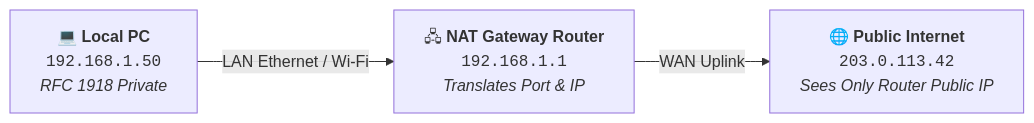
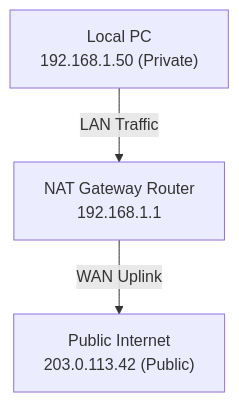
Before and after one commit to DaddyZyn/Cyber-security-notes: the first of 2 diagrams in topics/01-networking-fundamentals/README.md, drawn with Mermaid. The commit also changed other lines of this file and 19 other files, not shown here.

Commit message:
fix: overhaul all Mermaid diagrams with clean vertical layouts and short line-wrapping to prevent GitHub clipping

````diff
--- a/topics/01-networking-fundamentals/README.md
+++ b/topics/01-networking-fundamentals/README.md
@@ -32,5 +32,5 @@
 ```mermaid
-flowchart LR
-    A["💻 <b>Local PC</b><br><code>192.168.1.50</code><br><i>RFC 1918 Private</i>"] -->|"LAN Ethernet / Wi-Fi"| B["🖧 <b>NAT Gateway Router</b><br><code>192.168.1.1</code><br><i>Translates Port & IP</i>"]
-    B -->|"WAN Uplink"| C["🌐 <b>Public Internet</b><br><code>203.0.113.42</code><br><i>Sees Only Router Public IP</i>"]
+flowchart TD
+    A["Local PC<br/>192.168.1.50 (Private)"] -->|LAN Traffic| B["NAT Gateway Router<br/>192.168.1.1"]
+    B -->|WAN Uplink| C["Public Internet<br/>203.0.113.42 (Public)"]
 ```
````
